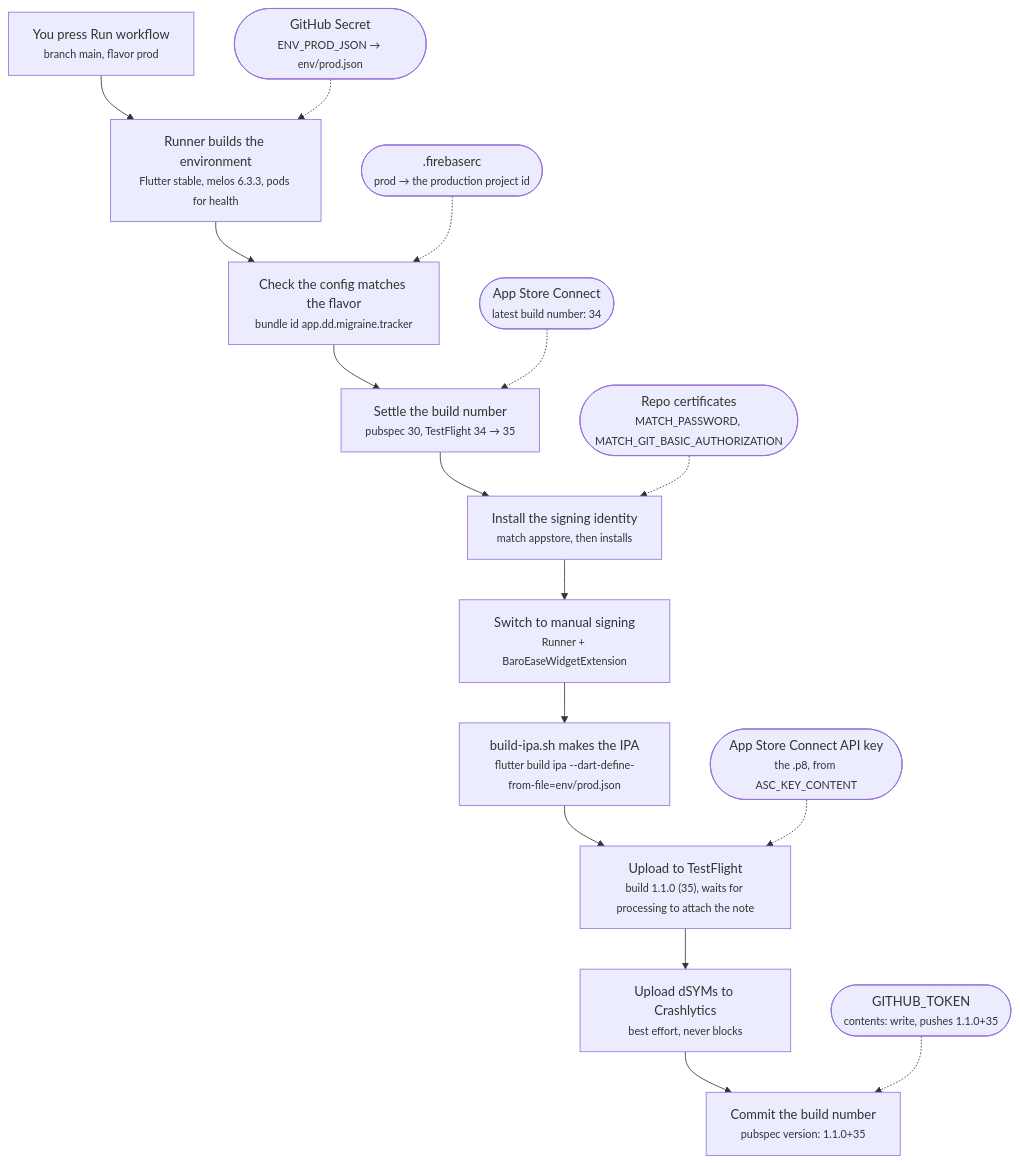
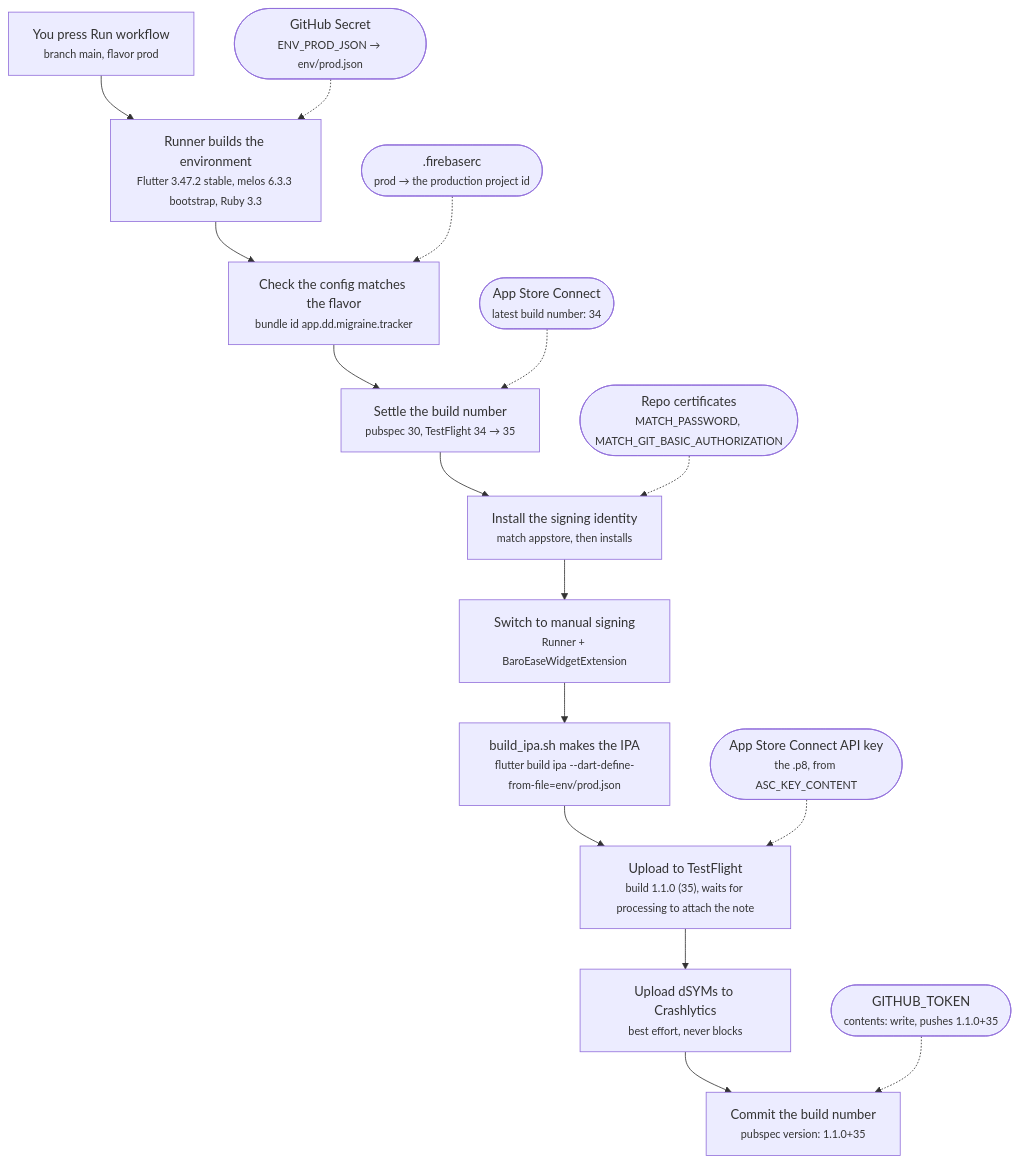
One commit to DAMHONGDUC/migraine-tracker changed the diagram in docs/release/PIPELINE.md. Above: the diagram before and after it, drawn with Mermaid. The commit also changed other lines of this file and 20 other files, not shown here.

````diff
--- a/docs/release/PIPELINE.md
+++ b/docs/release/PIPELINE.md
@@ -16,29 +16,29 @@
 ```mermaid
 flowchart TD
     trigger["You press Run workflow<br/><small>branch main, flavor prod</small>"]
-    prep["Runner builds the environment<br/><small>Flutter stable, melos 6.3.3, pods for health</small>"]
+    prep["Runner builds the environment<br/><small>Flutter 3.47.2 stable, melos 6.3.3 bootstrap, Ruby 3.3</small>"]
     check["Check the config matches the flavor<br/><small>bundle id app.dd.migraine.tracker</small>"]
     num["Settle the build number<br/><small>pubspec 30, TestFlight 34 → 35</small>"]
     certs["Install the signing identity<br/><small>match appstore, then installs</small>"]
     sign["Switch to manual signing<br/><small>Runner + BaroEaseWidgetExtension</small>"]
-    build["build-ipa.sh makes the IPA<br/><small>flutter build ipa --dart-define-from-file=env/prod.json</small>"]
+    build["build_ipa.sh makes the IPA<br/><small>flutter build ipa --dart-define-from-file=env/prod.json</small>"]
     upload["Upload to TestFlight<br/><small>build 1.1.0 (35), waits for processing to attach the note</small>"]
     dsym["Upload dSYMs to Crashlytics<br/><small>best effort, never blocks</small>"]
     commit["Commit the build number<br/><small>pubspec version: 1.1.0+35</small>"]
 
     envjson(["GitHub Secret<br/><small>ENV_PROD_JSON → env/prod.json</small>"])
     firebaserc([".firebaserc<br/><small>prod → the production project id</small>"])
     asc1(["App Store Connect<br/><small>latest build number: 34</small>"])
     matchrepo(["Repo certificates<br/><small>MATCH_PASSWORD, MATCH_GIT_BASIC_AUTHORIZATION</small>"])
     asc2(["App Store Connect API key<br/><small>the .p8, from ASC_KEY_CONTENT</small>"])
     token(["GITHUB_TOKEN<br/><small>contents: write, pushes 1.1.0+35</small>"])
 
     trigger --> prep --> check --> num --> certs --> sign --> build --> upload --> dsym --> commit
 
     envjson -.-> prep
     firebaserc -.-> check
     asc1 -.-> num
     matchrepo -.-> certs
     asc2 -.-> upload
     token -.-> commit
 ```
````
